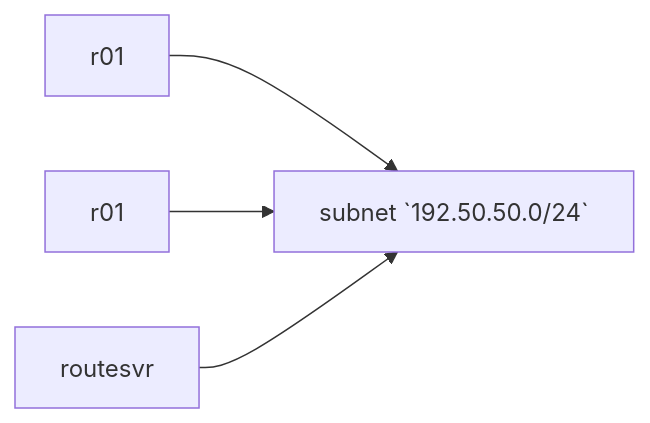
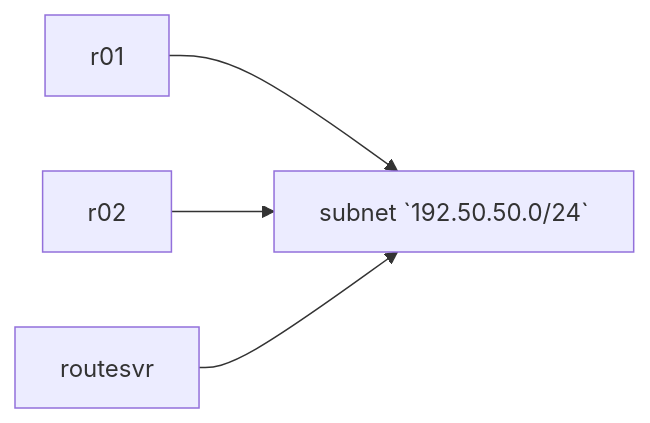
The diagram in README.md (keithcroxford/bgp-playground), drawn with Mermaid before and after one commit.

Commit message:
fixing more errors

````diff
--- a/README.md
+++ b/README.md
@@ -11,10 +11,10 @@
 ```mermaid
 flowchart LR
     subnet["subnet `192.50.50.0/24`"]
     r01["`r01`"]
-    r02["`r01`"]
+    r02["`r02`"]
     routesvr["`routesvr`"]
     r01 --> subnet 
     r02 --> subnet
     routesvr --> subnet 
 ```
````
